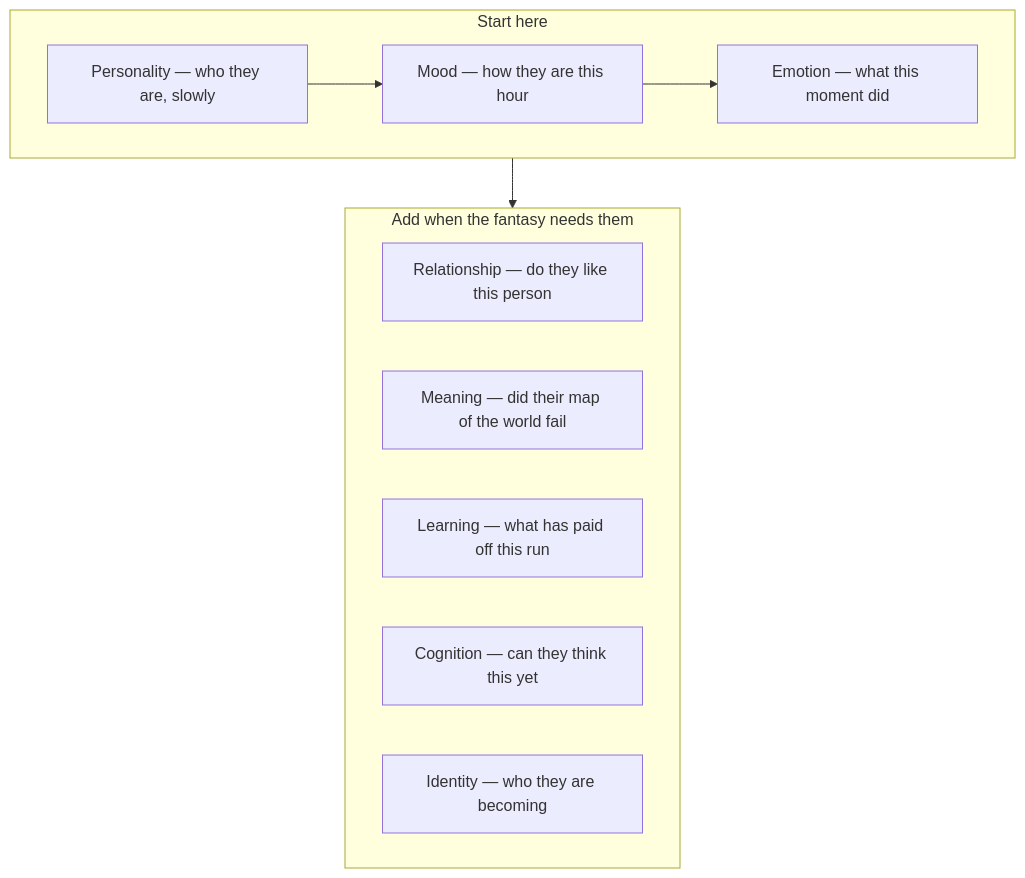
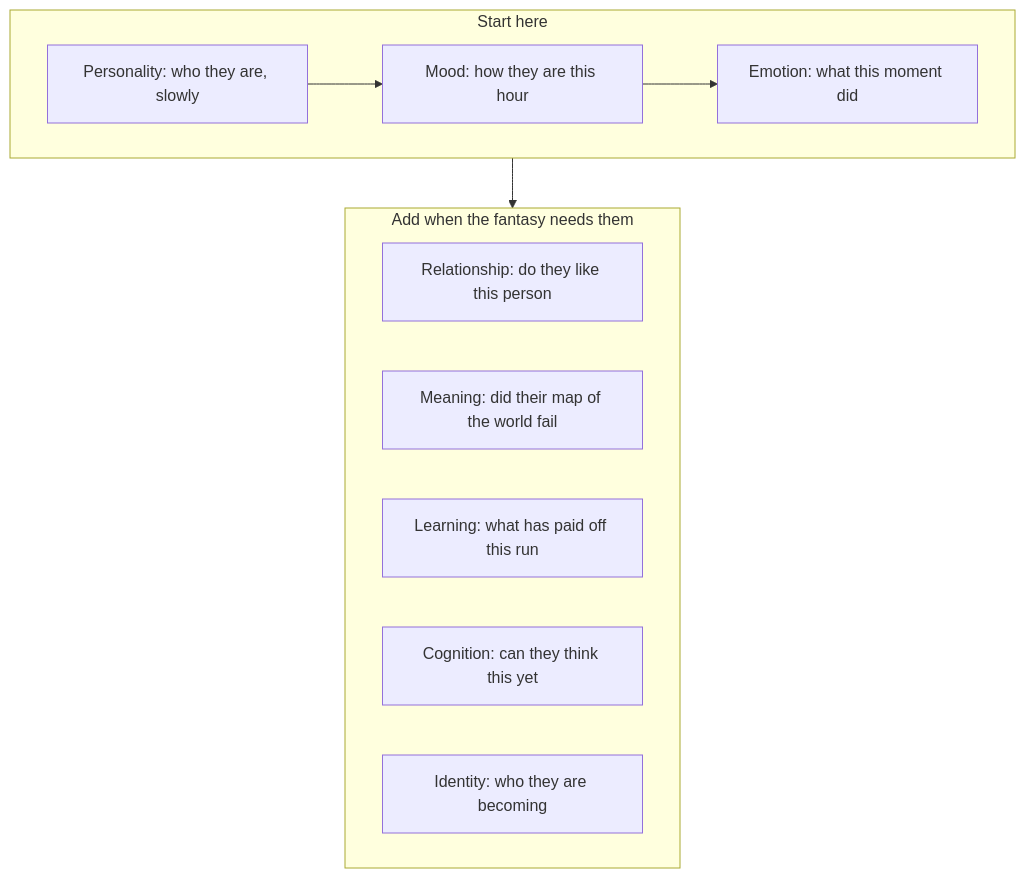
Before and after one commit to RossSim/personality-engine: the third of 5 diagrams in docs/APPLICATIONS.md, drawn with Mermaid. The commit also changed other lines of this file and 21 other files, not shown here.

````diff
--- a/docs/APPLICATIONS.md
+++ b/docs/APPLICATIONS.md
@@ -59,17 +59,17 @@
 ```mermaid
 flowchart TB
   subgraph coreLayers [Start here]
-    personality[Personality — who they are, slowly]
-    mood[Mood — how they are this hour]
-    emotion[Emotion — what this moment did]
+    personality[Personality: who they are, slowly]
+    mood[Mood: how they are this hour]
+    emotion[Emotion: what this moment did]
     personality --> mood --> emotion
   end
   subgraph extra [Add when the fantasy needs them]
-    relationship[Relationship — do they like this person]
-    meaning[Meaning — did their map of the world fail]
-    learning[Learning — what has paid off this run]
-    cognition[Cognition — can they think this yet]
-    identity[Identity — who they are becoming]
+    relationship[Relationship: do they like this person]
+    meaning[Meaning: did their map of the world fail]
+    learning[Learning: what has paid off this run]
+    cognition[Cognition: can they think this yet]
+    identity[Identity: who they are becoming]
   end
   coreLayers --> extra
 ```
````
